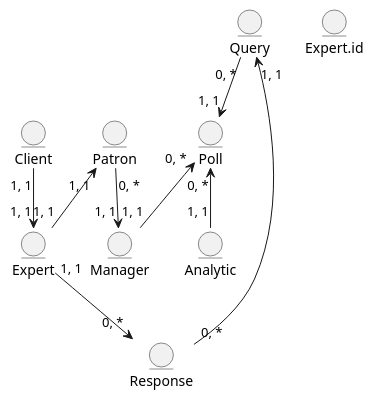
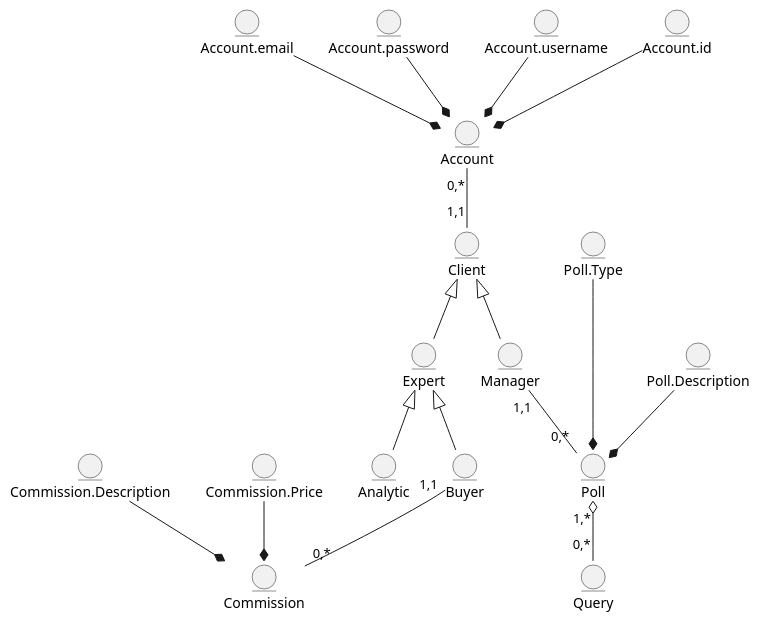
One commit to YehorSeniuk/IOO changed the first of 2 diagrams in docs/design/README.md. Above: the diagram before and after it, drawn with PlantUML.

```diff
--- a/docs/design/README.md
+++ b/docs/design/README.md
@@ -6,32 +6,58 @@
 @startuml
  entity Client
  
  entity Expert
- entity Expert.id
   
  entity Poll
   
  entity Query
 
-
- entity Response
   
  entity Analytic
   
  entity Manager
 
- entity Patron
+ entity Buyer
 
 
-  Response "0, *" -u-> "1, 1" Query
-  Poll "1, 1" <-u- "0, *"  Query
-  Response "0, *" <-u- "1, 1" Expert
-  Expert "1, 1" <-u- "1, 1" Client
-  Expert "1, 1" -u-> "1, 1" Patron
-  Manager "1, 1" -u-> "0, *" Poll
-  Manager "1, 1" <-u- "0, *" Patron
-  Analytic "1, 1" -u-> "0, *"  Poll
 
-  
+entity Account
+entity Account.email
+entity Account.password
+entity Account.username
+entity Account.id
+
+
+ entity Poll
+ entity Poll.Type
+entity Poll.Description
+ entity Commission
+ entity Commission.Description
+entity Commission.Price
+
+
+
+Client <|-- Manager
+Client <|-- Expert
+Expert <|-- Analytic
+Expert <|-- Buyer
+
+Account.email --* Account
+Account.password --* Account
+Account.username --* Account
+Account.id --* Account
+
+Account "0,*"-- "1,1" Client
+
+Buyer "1,1" -- "0,*" Commission
+
+Commission.Price --* Commission
+Commission.Description --* Commission
+
+Poll.Type ---* Poll
+Poll.Description --* Poll
+Manager "1,1"-- "0,*" Poll
+Query "0,*" -u-o "1,*" Poll
+
 
 @enduml
```
